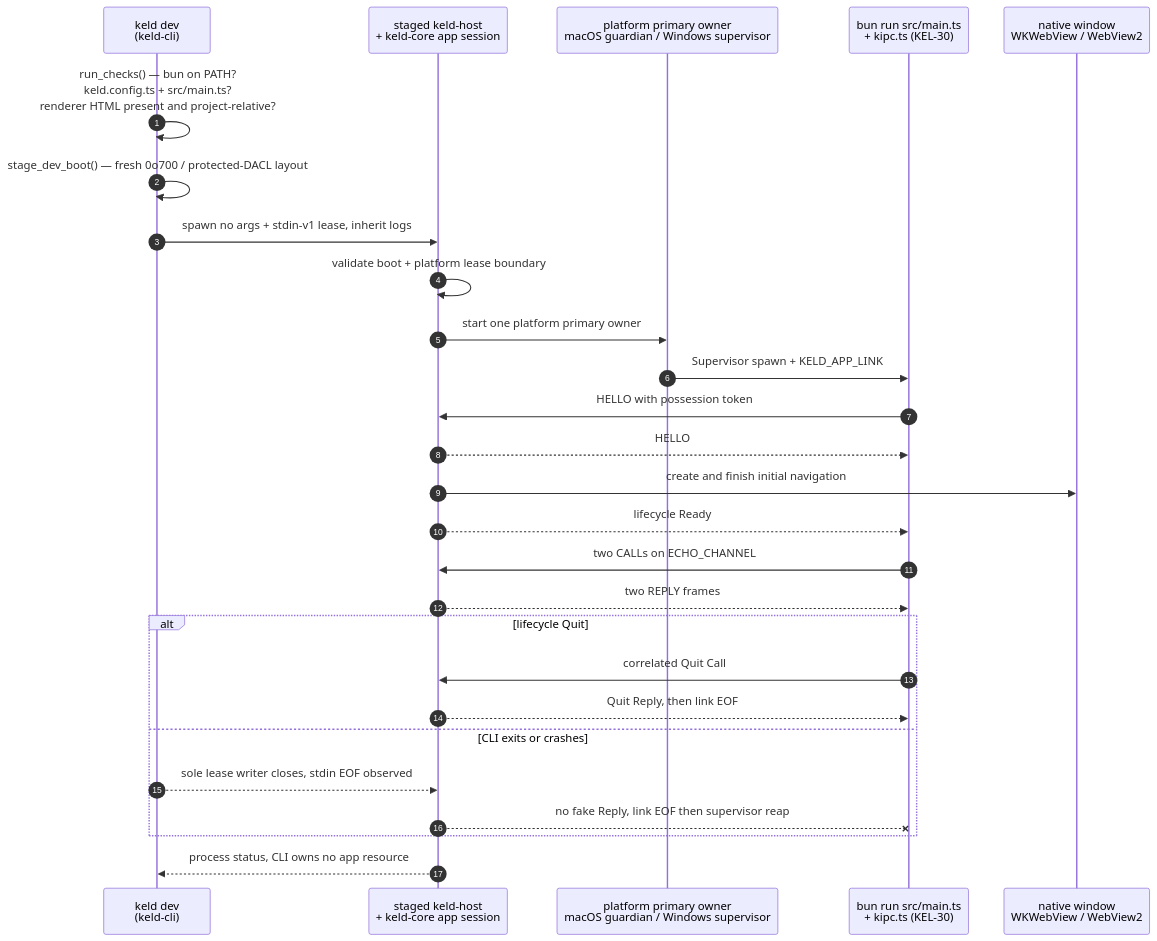
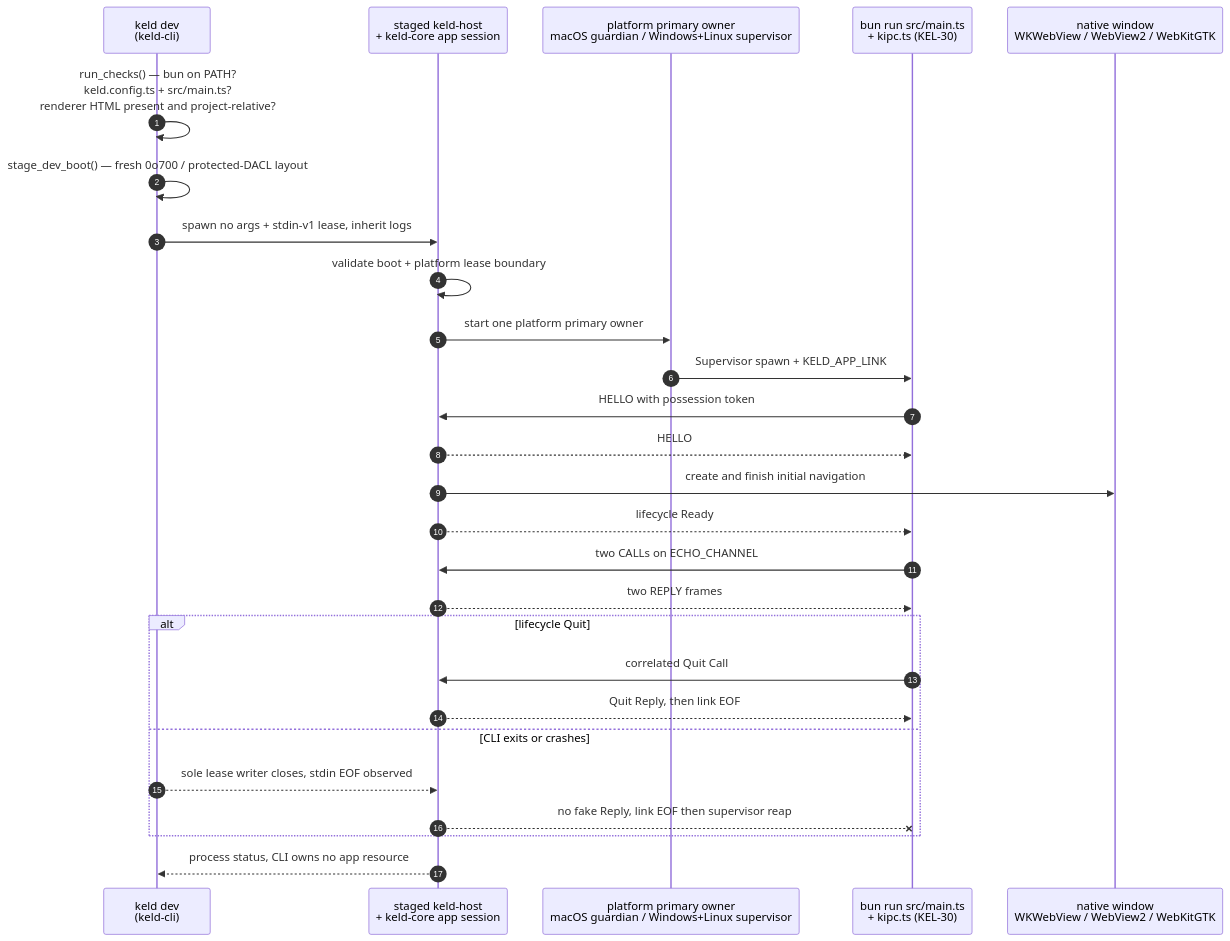
Before and after one commit to gyldlab/keld: the second of 3 diagrams in docs/onboarding/02-architecture-guide.md, drawn with Mermaid. The commit also changed other lines of this file and 30 other files, not shown here.

First line of the commit message:
feat(linux): wire no-flag host sessions (#145)

````diff
--- a/docs/onboarding/02-architecture-guide.md
+++ b/docs/onboarding/02-architecture-guide.md
@@ -257,36 +258,36 @@
 ```mermaid
 sequenceDiagram
-    accTitle: Current macOS and Windows keld dev delegated host flow
+    accTitle: Current cross-platform keld dev delegated host flow
     accDescr {
-      The live macOS and Windows CLI compiles an owner-private stage and launches a no-flag host.
+      The live macOS, Windows, and Linux CLI compiles an owner-private stage and launches a no-flag host.
       The host owns the authenticated app link, platform-supervised Bun child and native
       window. CLI lease loss and lifecycle Quit converge on the host's ordered teardown.
     }
     autonumber
     participant CLI as keld dev<br/>(keld-cli)
     participant Host as staged keld-host<br/>+ keld-core app session
-    participant Owner as platform primary owner<br/>macOS guardian / Windows supervisor
+    participant Owner as platform primary owner<br/>macOS guardian / Windows+Linux supervisor
     participant Bun as bun run src/main.ts<br/>+ kipc.ts (KEL-30)
-    participant Win as native window<br/>WKWebView / WebView2
+    participant Win as native window<br/>WKWebView / WebView2 / WebKitGTK
 
     CLI->>CLI: run_checks() — bun on PATH?<br/>keld.config.ts + src/main.ts?<br/>renderer HTML present and project-relative?
     CLI->>CLI: stage_dev_boot() — fresh 0o700 / protected-DACL layout
     CLI->>Host: spawn no args + stdin-v1 lease, inherit logs
     Host->>Host: validate boot + platform lease boundary
     Host->>Owner: start one platform primary owner
     Owner->>Bun: Supervisor spawn + KELD_APP_LINK
     Bun->>Host: HELLO with possession token
     Host-->>Bun: HELLO
     Host->>Win: create and finish initial navigation
     Host-->>Bun: lifecycle Ready
     Bun->>Host: two CALLs on ECHO_CHANNEL
     Host-->>Bun: two REPLY frames
     alt lifecycle Quit
         Bun->>Host: correlated Quit Call
         Host-->>Bun: Quit Reply, then link EOF
     else CLI exits or crashes
         CLI-->>Host: sole lease writer closes, stdin EOF observed
         Host--xBun: no fake Reply, link EOF then supervisor reap
     end
     Host-->>CLI: process status, CLI owns no app resource
 ```
````
